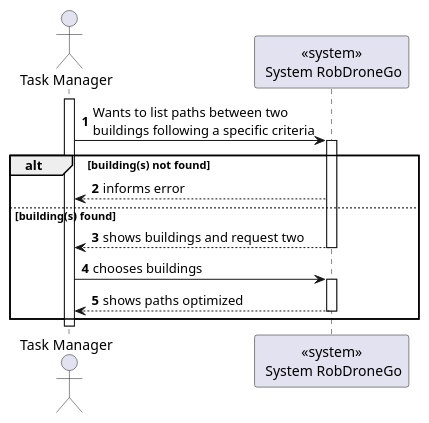
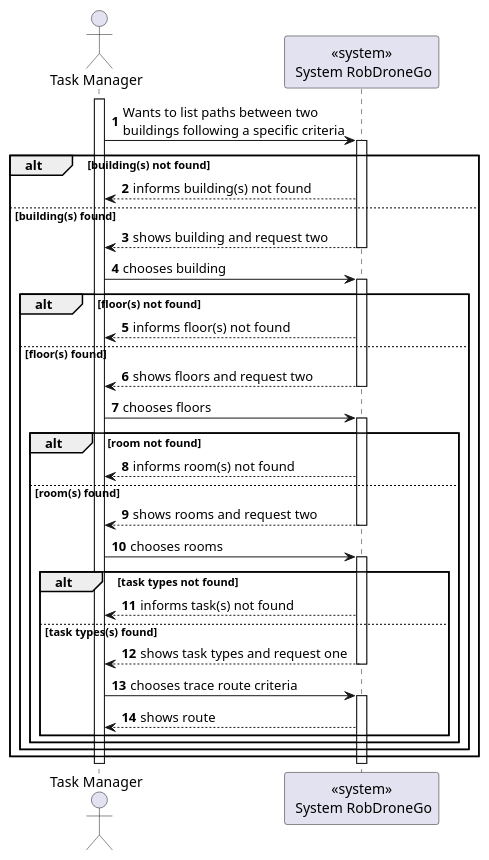
One commit to Departamento-de-Engenharia-Informatica/lapr5-23-24-g19 changed the diagram in docs/us1220/level1/process-view.puml. Above: the diagram before and after it, drawn with PlantUML. The commit also changed 3 other files, not shown here.

```diff
--- a/docs/us1220/level1/process-view.puml
+++ b/docs/us1220/level1/process-view.puml
@@ -1,29 +1,56 @@
 @startuml
 autonumber
 
 actor "Task Manager" as usr
 
 participant "<<system>>\n System RobDroneGo" as sys
 
 activate usr
-     usr -> sys : Wants to list paths between two \nbuildings following a specific criteria
-     activate sys
+    usr -> sys : Wants to list paths between two \nbuildings following a specific criteria
+    activate sys
 
-        alt building(s) not found
-            sys --> usr: informs error
-        else building(s) found
-            sys --> usr: shows buildings and request two
-            deactivate sys
-
-        usr -> sys: chooses buildings
-        activate sys
-            sys --> usr: shows paths optimized
+            alt building(s) not found
+                sys --> usr: informs building(s) not found
+            else building(s) found
+            sys --> usr : shows building and request two
         deactivate sys
 
+        usr -> sys : chooses building
+        activate sys
+                alt floor(s) not found
+                    sys --> usr: informs floor(s) not found
+                else floor(s) found
+                sys --> usr : shows floors and request two
+        deactivate sys
+
+        usr -> sys: chooses floors
+        activate sys
+
+                alt room not found
+                    sys --> usr: informs room(s) not found
+                else room(s) found
+                    sys --> usr : shows rooms and request two
+        deactivate sys
+
+                usr -> sys: chooses rooms
+
+                activate sys
+                    alt task types not found
+                    sys --> usr: informs task(s) not found
+                else task types(s) found
+
+                    sys --> usr : shows task types and request one
+                deactivate sys
 
 
-
-        end
-deactivate usr
+                usr -> sys: chooses trace route criteria
+                activate sys
+                sys --> usr: shows route
+                        end
+                    end
+                end
+            end
+        deactivate sys
+    deactivate usr
 
 @enduml
```
